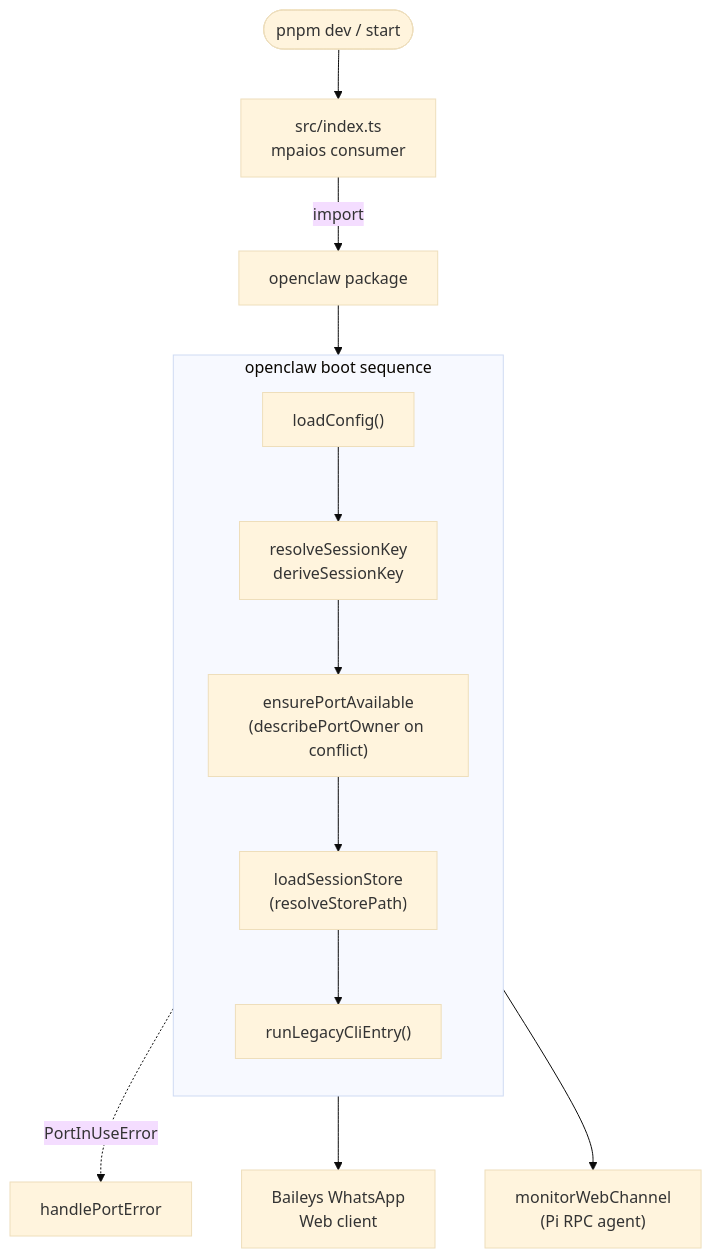
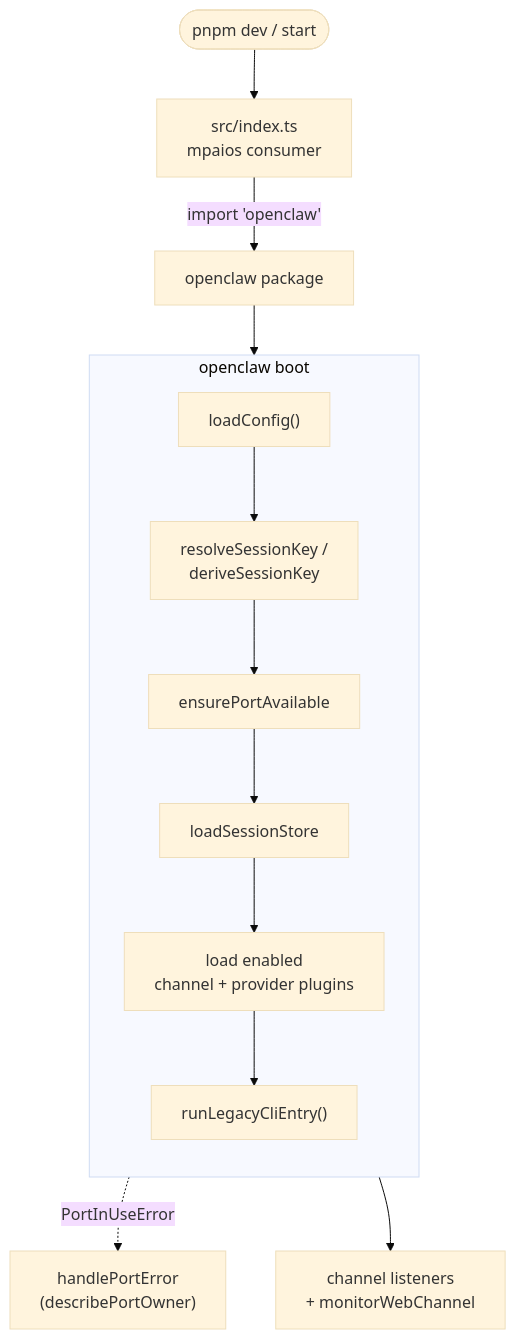
The second of 5 diagrams in docs/workflow.md (Mhulick86/mpaios), drawn with Mermaid (base theme) before and after one commit. The commit also changed other lines of this file, not shown here.

First line of the commit message:
Correct workflow diagram to show Claude's role

````diff
--- a/docs/workflow.md
+++ b/docs/workflow.md
@@ -10,19 +43,19 @@
 ```mermaid
 flowchart TD
     Dev([pnpm dev / start]) --> Entry["src/index.ts<br/>mpaios consumer"]
-    Entry -->|import| OC["openclaw package"]
+    Entry -->|import 'openclaw'| OC["openclaw package"]
 
-    subgraph Boot["openclaw boot sequence"]
+    subgraph Boot["openclaw boot"]
       direction TB
-      LC["loadConfig()"] --> RSK["resolveSessionKey<br/>deriveSessionKey"]
-      RSK --> EPA["ensurePortAvailable<br/>(describePortOwner on conflict)"]
-      EPA --> LSS["loadSessionStore<br/>(resolveStorePath)"]
-      LSS --> RLE["runLegacyCliEntry()"]
+      LC["loadConfig()"] --> RSK["resolveSessionKey /<br/>deriveSessionKey"]
+      RSK --> EPA["ensurePortAvailable"]
+      EPA --> LSS["loadSessionStore"]
+      LSS --> Plugins["load enabled<br/>channel + provider plugins"]
+      Plugins --> RLE["runLegacyCliEntry()"]
     end
 
     OC --> Boot
-    EPA -. PortInUseError .-> HPE["handlePortError"]
+    EPA -. PortInUseError .-> HPE["handlePortError<br/>(describePortOwner)"]
 
-    RLE --> WA["Baileys WhatsApp<br/>Web client"]
-    RLE --> MWC["monitorWebChannel<br/>(Pi RPC agent)"]
+    RLE --> Listen["channel listeners<br/>+ monitorWebChannel"]
 ```
````
